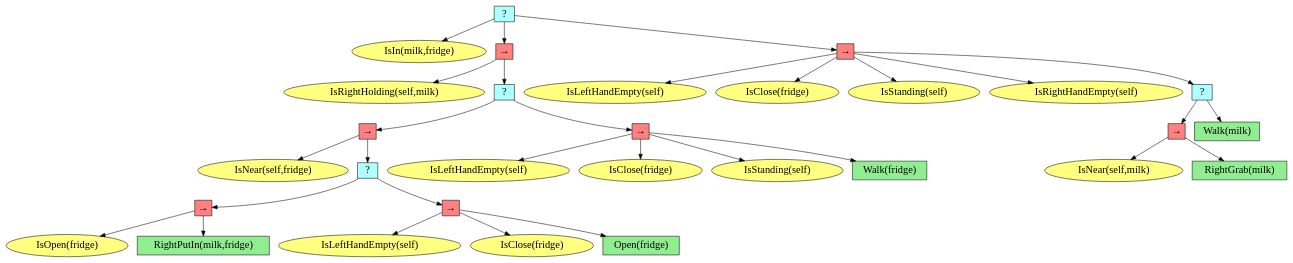
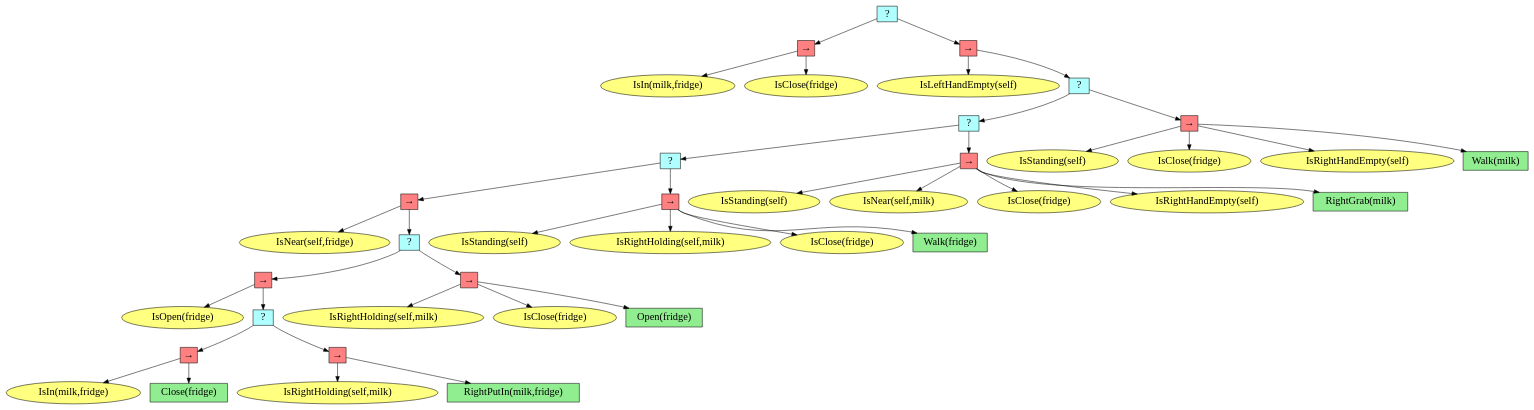
The diagram in test_exp/behavior_tree.dot (DIDS-EI/BTPG), drawn with Graphviz before and after one commit. The commit also changed 1458 other files, not shown here.

```diff
--- a/test_exp/behavior_tree.dot
+++ b/test_exp/behavior_tree.dot
@@ -3,63 +3,85 @@
 graph [fontname="times-roman"];
 node [fontname="times-roman"];
 edge [fontname="times-roman"];
-"153b5f93-b9f2-42ac-8cfc-fe17bf5fd070" [fillcolor="#B0FFFF", fontcolor=black, fontsize=20, height=0.01, label=" ? ", shape=box, style=filled, width=0.01];
-"5b325625-e5c7-4753-af63-65e19068a332" [fillcolor="#FFFF80", fontcolor=black, fontsize=20, label="IsIn(milk,fridge)", shape=ellipse, style=filled];
-"153b5f93-b9f2-42ac-8cfc-fe17bf5fd070" -> "5b325625-e5c7-4753-af63-65e19068a332";
-"d690304c-5734-4e55-bc9a-fed8aa243b41" [fillcolor="#FF8080", fontcolor=black, fontsize=20, height=0.01, label="&rarr;", shape=box, style=filled, width=0.01];
-"153b5f93-b9f2-42ac-8cfc-fe17bf5fd070" -> "d690304c-5734-4e55-bc9a-fed8aa243b41";
-"b9321223-016e-4000-9edc-200b10df467b" [fillcolor="#FFFF80", fontcolor=black, fontsize=20, label="IsRightHolding(self,milk)", shape=ellipse, style=filled];
-"d690304c-5734-4e55-bc9a-fed8aa243b41" -> "b9321223-016e-4000-9edc-200b10df467b";
-"b18f13d7-a872-4a59-a3c2-a81685960057" [fillcolor="#B0FFFF", fontcolor=black, fontsize=20, height=0.01, label=" ? ", shape=box, style=filled, width=0.01];
-"d690304c-5734-4e55-bc9a-fed8aa243b41" -> "b18f13d7-a872-4a59-a3c2-a81685960057";
-"648a5c9c-1f2a-42a0-af8d-3897523d1e91" [fillcolor="#FF8080", fontcolor=black, fontsize=20, height=0.01, label="&rarr;", shape=box, style=filled, width=0.01];
-"b18f13d7-a872-4a59-a3c2-a81685960057" -> "648a5c9c-1f2a-42a0-af8d-3897523d1e91";
-"96c70338-99dc-41cf-889b-ce14145a0552" [fillcolor="#FFFF80", fontcolor=black, fontsize=20, label="IsNear(self,fridge)", shape=ellipse, style=filled];
-"648a5c9c-1f2a-42a0-af8d-3897523d1e91" -> "96c70338-99dc-41cf-889b-ce14145a0552";
-"5f31b3e6-f62b-48ca-9084-a449de018809" [fillcolor="#B0FFFF", fontcolor=black, fontsize=20, height=0.01, label=" ? ", shape=box, style=filled, width=0.01];
-"648a5c9c-1f2a-42a0-af8d-3897523d1e91" -> "5f31b3e6-f62b-48ca-9084-a449de018809";
-"b051c101-1cc7-4c54-ad40-a104491b95fc" [fillcolor="#FF8080", fontcolor=black, fontsize=20, height=0.01, label="&rarr;", shape=box, style=filled, width=0.01];
-"5f31b3e6-f62b-48ca-9084-a449de018809" -> "b051c101-1cc7-4c54-ad40-a104491b95fc";
-"a578ae4a-0906-4613-8f97-9806d4f0950b" [fillcolor="#FFFF80", fontcolor=black, fontsize=20, label="IsOpen(fridge)", shape=ellipse, style=filled];
-"b051c101-1cc7-4c54-ad40-a104491b95fc" -> "a578ae4a-0906-4613-8f97-9806d4f0950b";
-"d207831b-29fb-436c-8f8c-a312b93c4df9" [fillcolor=lightgreen, fontcolor=black, fontsize=20, label="RightPutIn(milk,fridge)", shape=box, style=filled];
-"b051c101-1cc7-4c54-ad40-a104491b95fc" -> "d207831b-29fb-436c-8f8c-a312b93c4df9";
-"a67cf4a6-c37d-48c0-921f-4eb00431ad9f" [fillcolor="#FF8080", fontcolor=black, fontsize=20, height=0.01, label="&rarr;", shape=box, style=filled, width=0.01];
-"5f31b3e6-f62b-48ca-9084-a449de018809" -> "a67cf4a6-c37d-48c0-921f-4eb00431ad9f";
-"8d6d17de-8376-4e48-80e6-9f2f25267646" [fillcolor="#FFFF80", fontcolor=black, fontsize=20, label="IsLeftHandEmpty(self)", shape=ellipse, style=filled];
-"a67cf4a6-c37d-48c0-921f-4eb00431ad9f" -> "8d6d17de-8376-4e48-80e6-9f2f25267646";
-"fd9bf389-5d7b-40da-aa38-796a397c87a4" [fillcolor="#FFFF80", fontcolor=black, fontsize=20, label="IsClose(fridge)", shape=ellipse, style=filled];
-"a67cf4a6-c37d-48c0-921f-4eb00431ad9f" -> "fd9bf389-5d7b-40da-aa38-796a397c87a4";
-"adbd8698-727f-46dc-a4f4-47b575d8092d" [fillcolor=lightgreen, fontcolor=black, fontsize=20, label="Open(fridge)", shape=box, style=filled];
-"a67cf4a6-c37d-48c0-921f-4eb00431ad9f" -> "adbd8698-727f-46dc-a4f4-47b575d8092d";
-"77ffb5e5-3f58-4222-9524-0b65ffed7ea6" [fillcolor="#FF8080", fontcolor=black, fontsize=20, height=0.01, label="&rarr;", shape=box, style=filled, width=0.01];
-"b18f13d7-a872-4a59-a3c2-a81685960057" -> "77ffb5e5-3f58-4222-9524-0b65ffed7ea6";
-"3ce5cdbb-5c69-45df-8c2d-5cf03234450a" [fillcolor="#FFFF80", fontcolor=black, fontsize=20, label="IsLeftHandEmpty(self)", shape=ellipse, style=filled];
-"77ffb5e5-3f58-4222-9524-0b65ffed7ea6" -> "3ce5cdbb-5c69-45df-8c2d-5cf03234450a";
-"20770c66-d287-49f5-8600-6527e592d1ee" [fillcolor="#FFFF80", fontcolor=black, fontsize=20, label="IsClose(fridge)", shape=ellipse, style=filled];
-"77ffb5e5-3f58-4222-9524-0b65ffed7ea6" -> "20770c66-d287-49f5-8600-6527e592d1ee";
-"2d05fd28-2693-4ab5-b2fa-1eff35e53302" [fillcolor="#FFFF80", fontcolor=black, fontsize=20, label="IsStanding(self)", shape=ellipse, style=filled];
-"77ffb5e5-3f58-4222-9524-0b65ffed7ea6" -> "2d05fd28-2693-4ab5-b2fa-1eff35e53302";
-"dc609093-44d7-4f31-b1b7-cd64e81b0f5a" [fillcolor=lightgreen, fontcolor=black, fontsize=20, label="Walk(fridge)", shape=box, style=filled];
-"77ffb5e5-3f58-4222-9524-0b65ffed7ea6" -> "dc609093-44d7-4f31-b1b7-cd64e81b0f5a";
-"5cc4f648-d17a-46a1-8082-2ab83e9b0b84" [fillcolor="#FF8080", fontcolor=black, fontsize=20, height=0.01, label="&rarr;", shape=box, style=filled, width=0.01];
-"153b5f93-b9f2-42ac-8cfc-fe17bf5fd070" -> "5cc4f648-d17a-46a1-8082-2ab83e9b0b84";
-"80221530-3fb1-4bc3-a1d8-1a475c850222" [fillcolor="#FFFF80", fontcolor=black, fontsize=20, label="IsLeftHandEmpty(self)", shape=ellipse, style=filled];
-"5cc4f648-d17a-46a1-8082-2ab83e9b0b84" -> "80221530-3fb1-4bc3-a1d8-1a475c850222";
-"f07b820e-1356-4271-be55-2775da696dea" [fillcolor="#FFFF80", fontcolor=black, fontsize=20, label="IsClose(fridge)", shape=ellipse, style=filled];
-"5cc4f648-d17a-46a1-8082-2ab83e9b0b84" -> "f07b820e-1356-4271-be55-2775da696dea";
-"d1ea0ed4-13fa-447f-9a41-97a97a0a3b29" [fillcolor="#FFFF80", fontcolor=black, fontsize=20, label="IsStanding(self)", shape=ellipse, style=filled];
-"5cc4f648-d17a-46a1-8082-2ab83e9b0b84" -> "d1ea0ed4-13fa-447f-9a41-97a97a0a3b29";
-"eecadae5-f605-4b4b-84c0-862c713987a1" [fillcolor="#FFFF80", fontcolor=black, fontsize=20, label="IsRightHandEmpty(self)", shape=ellipse, style=filled];
-"5cc4f648-d17a-46a1-8082-2ab83e9b0b84" -> "eecadae5-f605-4b4b-84c0-862c713987a1";
-"5ee857db-6e74-4f6b-91f6-24d954a4e8f6" [fillcolor="#B0FFFF", fontcolor=black, fontsize=20, height=0.01, label=" ? ", shape=box, style=filled, width=0.01];
-"5cc4f648-d17a-46a1-8082-2ab83e9b0b84" -> "5ee857db-6e74-4f6b-91f6-24d954a4e8f6";
-"e4f29dee-d7ae-439d-9910-b3c8b85b7324" [fillcolor="#FF8080", fontcolor=black, fontsize=20, height=0.01, label="&rarr;", shape=box, style=filled, width=0.01];
-"5ee857db-6e74-4f6b-91f6-24d954a4e8f6" -> "e4f29dee-d7ae-439d-9910-b3c8b85b7324";
-"d808a666-6819-40d3-8db5-9eca2117c7aa" [fillcolor="#FFFF80", fontcolor=black, fontsize=20, label="IsNear(self,milk)", shape=ellipse, style=filled];
-"e4f29dee-d7ae-439d-9910-b3c8b85b7324" -> "d808a666-6819-40d3-8db5-9eca2117c7aa";
-"bdc5b35f-668a-49bf-949d-74ee3d03e404" [fillcolor=lightgreen, fontcolor=black, fontsize=20, label="RightGrab(milk)", shape=box, style=filled];
-"e4f29dee-d7ae-439d-9910-b3c8b85b7324" -> "bdc5b35f-668a-49bf-949d-74ee3d03e404";
-"8d6826b3-3857-482f-a3cc-83786aa53d61" [fillcolor=lightgreen, fontcolor=black, fontsize=20, label="Walk(milk)", shape=box, style=filled];
-"5ee857db-6e74-4f6b-91f6-24d954a4e8f6" -> "8d6826b3-3857-482f-a3cc-83786aa53d61";
+"0ff2f29c-59ca-404a-91df-083d7f1b46c2" [fillcolor="#B0FFFF", fontcolor=black, fontsize=20, height=0.01, label=" ? ", shape=box, style=filled, width=0.01];
+"c3eb1a31-4313-4d1c-be7a-06699e86dfc3" [fillcolor="#FF8080", fontcolor=black, fontsize=20, height=0.01, label="&rarr;", shape=box, style=filled, width=0.01];
+"0ff2f29c-59ca-404a-91df-083d7f1b46c2" -> "c3eb1a31-4313-4d1c-be7a-06699e86dfc3";
+"401156fb-dd53-4c6d-8c5a-5f727b43e193" [fillcolor="#FFFF80", fontcolor=black, fontsize=20, label="IsIn(milk,fridge)", shape=ellipse, style=filled];
+"c3eb1a31-4313-4d1c-be7a-06699e86dfc3" -> "401156fb-dd53-4c6d-8c5a-5f727b43e193";
+"8f191f82-4836-48e1-b51f-83f53a5484be" [fillcolor="#FFFF80", fontcolor=black, fontsize=20, label="IsClose(fridge)", shape=ellipse, style=filled];
+"c3eb1a31-4313-4d1c-be7a-06699e86dfc3" -> "8f191f82-4836-48e1-b51f-83f53a5484be";
+"5f762901-cb84-4e6f-96b3-1f6f1cc7e2ce" [fillcolor="#FF8080", fontcolor=black, fontsize=20, height=0.01, label="&rarr;", shape=box, style=filled, width=0.01];
+"0ff2f29c-59ca-404a-91df-083d7f1b46c2" -> "5f762901-cb84-4e6f-96b3-1f6f1cc7e2ce";
+"1b27dd26-4c40-42d9-aa45-86ad0919f6d0" [fillcolor="#FFFF80", fontcolor=black, fontsize=20, label="IsLeftHandEmpty(self)", shape=ellipse, style=filled];
+"5f762901-cb84-4e6f-96b3-1f6f1cc7e2ce" -> "1b27dd26-4c40-42d9-aa45-86ad0919f6d0";
+"0fd3e705-dbc1-4725-85dd-41757e824dd5" [fillcolor="#B0FFFF", fontcolor=black, fontsize=20, height=0.01, label=" ? ", shape=box, style=filled, width=0.01];
+"5f762901-cb84-4e6f-96b3-1f6f1cc7e2ce" -> "0fd3e705-dbc1-4725-85dd-41757e824dd5";
+"685adf4d-1df5-4803-836e-9c69271d6c0b" [fillcolor="#B0FFFF", fontcolor=black, fontsize=20, height=0.01, label=" ? ", shape=box, style=filled, width=0.01];
+"0fd3e705-dbc1-4725-85dd-41757e824dd5" -> "685adf4d-1df5-4803-836e-9c69271d6c0b";
+"ab850faf-9b66-41be-aaf3-32202649e696" [fillcolor="#B0FFFF", fontcolor=black, fontsize=20, height=0.01, label=" ? ", shape=box, style=filled, width=0.01];
+"685adf4d-1df5-4803-836e-9c69271d6c0b" -> "ab850faf-9b66-41be-aaf3-32202649e696";
+"b70e05e9-beda-42d8-8840-db8956a49770" [fillcolor="#FF8080", fontcolor=black, fontsize=20, height=0.01, label="&rarr;", shape=box, style=filled, width=0.01];
+"ab850faf-9b66-41be-aaf3-32202649e696" -> "b70e05e9-beda-42d8-8840-db8956a49770";
+"69596cab-0ec0-4671-ad32-7f65caf12cbc" [fillcolor="#FFFF80", fontcolor=black, fontsize=20, label="IsNear(self,fridge)", shape=ellipse, style=filled];
+"b70e05e9-beda-42d8-8840-db8956a49770" -> "69596cab-0ec0-4671-ad32-7f65caf12cbc";
+"817ec892-dbf3-4245-bdfb-0e2dbce65e16" [fillcolor="#B0FFFF", fontcolor=black, fontsize=20, height=0.01, label=" ? ", shape=box, style=filled, width=0.01];
+"b70e05e9-beda-42d8-8840-db8956a49770" -> "817ec892-dbf3-4245-bdfb-0e2dbce65e16";
+"c7af506c-df6f-49f1-9744-16bbf092ebf1" [fillcolor="#FF8080", fontcolor=black, fontsize=20, height=0.01, label="&rarr;", shape=box, style=filled, width=0.01];
+"817ec892-dbf3-4245-bdfb-0e2dbce65e16" -> "c7af506c-df6f-49f1-9744-16bbf092ebf1";
+"b981520e-1a88-40a8-b967-018bf059b78b" [fillcolor="#FFFF80", fontcolor=black, fontsize=20, label="IsOpen(fridge)", shape=ellipse, style=filled];
+"c7af506c-df6f-49f1-9744-16bbf092ebf1" -> "b981520e-1a88-40a8-b967-018bf059b78b";
+"7f4b3de4-1c81-4456-8762-7e232778a9d6" [fillcolor="#B0FFFF", fontcolor=black, fontsize=20, height=0.01, label=" ? ", shape=box, style=filled, width=0.01];
+"c7af506c-df6f-49f1-9744-16bbf092ebf1" -> "7f4b3de4-1c81-4456-8762-7e232778a9d6";
+"da593a9e-6f53-44f1-a4e6-8fd1f084dfba" [fillcolor="#FF8080", fontcolor=black, fontsize=20, height=0.01, label="&rarr;", shape=box, style=filled, width=0.01];
+"7f4b3de4-1c81-4456-8762-7e232778a9d6" -> "da593a9e-6f53-44f1-a4e6-8fd1f084dfba";
+"a1940e10-a96b-4ae4-89ab-c658bd7961f8" [fillcolor="#FFFF80", fontcolor=black, fontsize=20, label="IsIn(milk,fridge)", shape=ellipse, style=filled];
+"da593a9e-6f53-44f1-a4e6-8fd1f084dfba" -> "a1940e10-a96b-4ae4-89ab-c658bd7961f8";
+"fd289a88-9152-4d20-8d91-06b38004735f" [fillcolor=lightgreen, fontcolor=black, fontsize=20, label="Close(fridge)", shape=box, style=filled];
+"da593a9e-6f53-44f1-a4e6-8fd1f084dfba" -> "fd289a88-9152-4d20-8d91-06b38004735f";
+"4563b2f2-75dd-4046-b034-5eb0f02f7e1f" [fillcolor="#FF8080", fontcolor=black, fontsize=20, height=0.01, label="&rarr;", shape=box, style=filled, width=0.01];
+"7f4b3de4-1c81-4456-8762-7e232778a9d6" -> "4563b2f2-75dd-4046-b034-5eb0f02f7e1f";
+"68ced8db-cd13-47af-8822-065a961b6999" [fillcolor="#FFFF80", fontcolor=black, fontsize=20, label="IsRightHolding(self,milk)", shape=ellipse, style=filled];
+"4563b2f2-75dd-4046-b034-5eb0f02f7e1f" -> "68ced8db-cd13-47af-8822-065a961b6999";
+"6dbd1de2-cbdd-4cb2-8a7f-d1746c42a6fa" [fillcolor=lightgreen, fontcolor=black, fontsize=20, label="RightPutIn(milk,fridge)", shape=box, style=filled];
+"4563b2f2-75dd-4046-b034-5eb0f02f7e1f" -> "6dbd1de2-cbdd-4cb2-8a7f-d1746c42a6fa";
+"d0820be3-59bb-4898-a679-fa1df1afa149" [fillcolor="#FF8080", fontcolor=black, fontsize=20, height=0.01, label="&rarr;", shape=box, style=filled, width=0.01];
+"817ec892-dbf3-4245-bdfb-0e2dbce65e16" -> "d0820be3-59bb-4898-a679-fa1df1afa149";
+"a838ea8b-6305-4949-a590-649f6d9fbccf" [fillcolor="#FFFF80", fontcolor=black, fontsize=20, label="IsRightHolding(self,milk)", shape=ellipse, style=filled];
+"d0820be3-59bb-4898-a679-fa1df1afa149" -> "a838ea8b-6305-4949-a590-649f6d9fbccf";
+"e21c2ebb-3f09-4d83-8421-b1edd1f13996" [fillcolor="#FFFF80", fontcolor=black, fontsize=20, label="IsClose(fridge)", shape=ellipse, style=filled];
+"d0820be3-59bb-4898-a679-fa1df1afa149" -> "e21c2ebb-3f09-4d83-8421-b1edd1f13996";
+"3ef00666-3b84-4520-846e-f2b592624518" [fillcolor=lightgreen, fontcolor=black, fontsize=20, label="Open(fridge)", shape=box, style=filled];
+"d0820be3-59bb-4898-a679-fa1df1afa149" -> "3ef00666-3b84-4520-846e-f2b592624518";
+"9b314b5e-7750-4e94-bbcc-5f23d82e69c0" [fillcolor="#FF8080", fontcolor=black, fontsize=20, height=0.01, label="&rarr;", shape=box, style=filled, width=0.01];
+"ab850faf-9b66-41be-aaf3-32202649e696" -> "9b314b5e-7750-4e94-bbcc-5f23d82e69c0";
+"59c1613a-b11c-4503-ae8b-3d77b8984d46" [fillcolor="#FFFF80", fontcolor=black, fontsize=20, label="IsStanding(self)", shape=ellipse, style=filled];
+"9b314b5e-7750-4e94-bbcc-5f23d82e69c0" -> "59c1613a-b11c-4503-ae8b-3d77b8984d46";
+"f864b317-6fd1-43d6-a667-d4da5a1dc3ae" [fillcolor="#FFFF80", fontcolor=black, fontsize=20, label="IsRightHolding(self,milk)", shape=ellipse, style=filled];
+"9b314b5e-7750-4e94-bbcc-5f23d82e69c0" -> "f864b317-6fd1-43d6-a667-d4da5a1dc3ae";
+"13d9dc1b-8791-4306-a2c7-317abd56e20b" [fillcolor="#FFFF80", fontcolor=black, fontsize=20, label="IsClose(fridge)", shape=ellipse, style=filled];
+"9b314b5e-7750-4e94-bbcc-5f23d82e69c0" -> "13d9dc1b-8791-4306-a2c7-317abd56e20b";
+"d31b6991-ad59-471a-ab4a-adda00483f11" [fillcolor=lightgreen, fontcolor=black, fontsize=20, label="Walk(fridge)", shape=box, style=filled];
+"9b314b5e-7750-4e94-bbcc-5f23d82e69c0" -> "d31b6991-ad59-471a-ab4a-adda00483f11";
+"57ce2600-f282-44b9-91f8-8449b9b641ac" [fillcolor="#FF8080", fontcolor=black, fontsize=20, height=0.01, label="&rarr;", shape=box, style=filled, width=0.01];
+"685adf4d-1df5-4803-836e-9c69271d6c0b" -> "57ce2600-f282-44b9-91f8-8449b9b641ac";
+"b7dd797f-4322-4c73-97fe-657ac742cd75" [fillcolor="#FFFF80", fontcolor=black, fontsize=20, label="IsStanding(self)", shape=ellipse, style=filled];
+"57ce2600-f282-44b9-91f8-8449b9b641ac" -> "b7dd797f-4322-4c73-97fe-657ac742cd75";
+"9db701c7-01a0-4673-8d5c-7a02c5cde3a6" [fillcolor="#FFFF80", fontcolor=black, fontsize=20, label="IsNear(self,milk)", shape=ellipse, style=filled];
+"57ce2600-f282-44b9-91f8-8449b9b641ac" -> "9db701c7-01a0-4673-8d5c-7a02c5cde3a6";
+"e22f8a23-3070-4776-8a02-40f4515df3ee" [fillcolor="#FFFF80", fontcolor=black, fontsize=20, label="IsClose(fridge)", shape=ellipse, style=filled];
+"57ce2600-f282-44b9-91f8-8449b9b641ac" -> "e22f8a23-3070-4776-8a02-40f4515df3ee";
+"76ba2d7a-49b1-4285-9081-1ee9f1537638" [fillcolor="#FFFF80", fontcolor=black, fontsize=20, label="IsRightHandEmpty(self)", shape=ellipse, style=filled];
+"57ce2600-f282-44b9-91f8-8449b9b641ac" -> "76ba2d7a-49b1-4285-9081-1ee9f1537638";
+"786592c6-c692-4369-b166-f194b1c31be8" [fillcolor=lightgreen, fontcolor=black, fontsize=20, label="RightGrab(milk)", shape=box, style=filled];
+"57ce2600-f282-44b9-91f8-8449b9b641ac" -> "786592c6-c692-4369-b166-f194b1c31be8";
+"d3045aaa-f122-4e0f-a38e-bea86d0a59ae" [fillcolor="#FF8080", fontcolor=black, fontsize=20, height=0.01, label="&rarr;", shape=box, style=filled, width=0.01];
+"0fd3e705-dbc1-4725-85dd-41757e824dd5" -> "d3045aaa-f122-4e0f-a38e-bea86d0a59ae";
+"ef1f7859-540e-4bfe-81b8-d060cce4ebba" [fillcolor="#FFFF80", fontcolor=black, fontsize=20, label="IsStanding(self)", shape=ellipse, style=filled];
+"d3045aaa-f122-4e0f-a38e-bea86d0a59ae" -> "ef1f7859-540e-4bfe-81b8-d060cce4ebba";
+"61d09edc-78b8-4f49-96b7-b09503c78679" [fillcolor="#FFFF80", fontcolor=black, fontsize=20, label="IsClose(fridge)", shape=ellipse, style=filled];
+"d3045aaa-f122-4e0f-a38e-bea86d0a59ae" -> "61d09edc-78b8-4f49-96b7-b09503c78679";
+"0f492044-505e-48a5-9297-11d9d7005b55" [fillcolor="#FFFF80", fontcolor=black, fontsize=20, label="IsRightHandEmpty(self)", shape=ellipse, style=filled];
+"d3045aaa-f122-4e0f-a38e-bea86d0a59ae" -> "0f492044-505e-48a5-9297-11d9d7005b55";
+"f0b0ee58-ade6-4736-89fa-31aa492429a0" [fillcolor=lightgreen, fontcolor=black, fontsize=20, label="Walk(milk)", shape=box, style=filled];
+"d3045aaa-f122-4e0f-a38e-bea86d0a59ae" -> "f0b0ee58-ade6-4736-89fa-31aa492429a0";
 }
```
